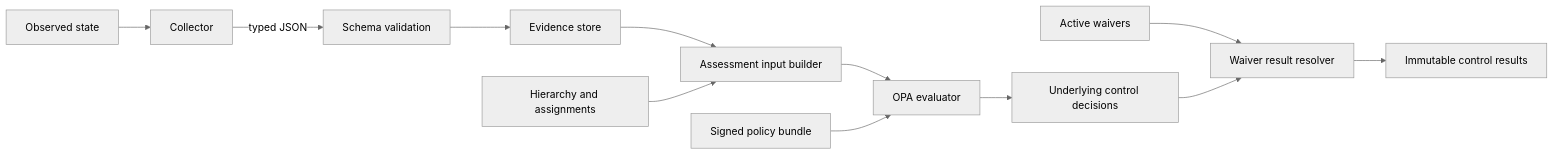
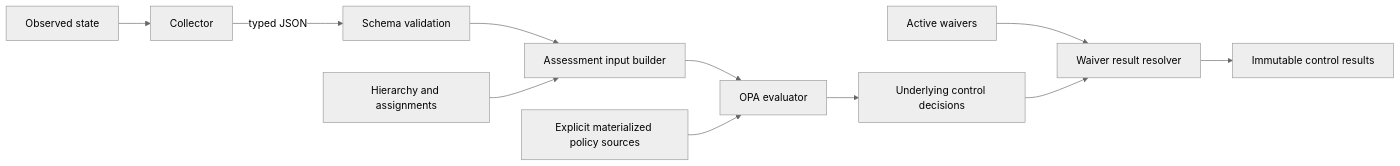
The diagram in tooling/docs/policy-model.md (packetlss/compliance), drawn with Mermaid (neutral theme) before and after one commit. The commit also changed other lines of this file and 17 other files, not shown here.

Commit message:
docs: re-establish present-tense architecture authority (#193)

````diff
--- a/tooling/docs/policy-model.md
+++ b/tooling/docs/policy-model.md
@@ -20,14 +19,13 @@
 ```mermaid
 flowchart LR
     O[Observed state] --> C[Collector]
     C -->|typed JSON| V[Schema validation]
-    V --> S[Evidence store]
-    S --> I[Assessment input builder]
+    V --> I[Assessment input builder]
     H[Hierarchy and assignments] --> I
     I --> OPA[OPA evaluator]
-    P[Signed policy bundle] --> OPA
+    P[Explicit materialized policy sources] --> OPA
     OPA --> U[Underlying control decisions]
     W[Active waivers] --> R[Waiver result resolver]
     U --> R
     R --> D[Immutable control results]
 ```
````
